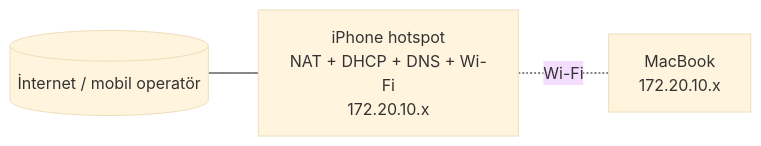
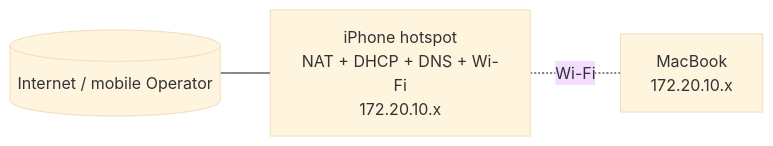
The diagram in README.md (emncftci99/Home-Network-Docs), drawn with Mermaid (base theme) before and after one commit.

Commit message:
README.md

````diff
--- a/README.md
+++ b/README.md
@@ -13,5 +13,5 @@
 ```mermaid
 flowchart LR
-  ISP[(İnternet / mobil operatör)] --- R[iPhone hotspot<br/>NAT + DHCP + DNS + Wi-Fi<br/>172.20.10.x]
+  ISP[(Internet / mobile Operator)] --- R[iPhone hotspot<br/>NAT + DHCP + DNS + Wi-Fi<br/>172.20.10.x]
   R -. Wi-Fi .- M[MacBook<br/>172.20.10.x]
 ```
````
